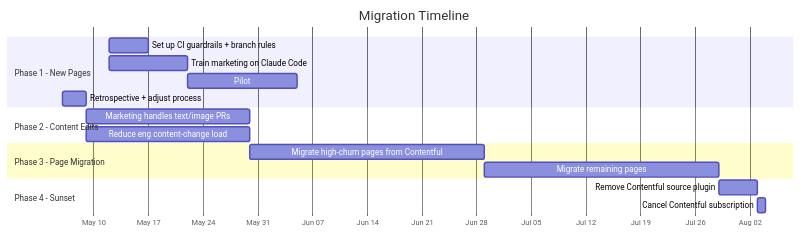
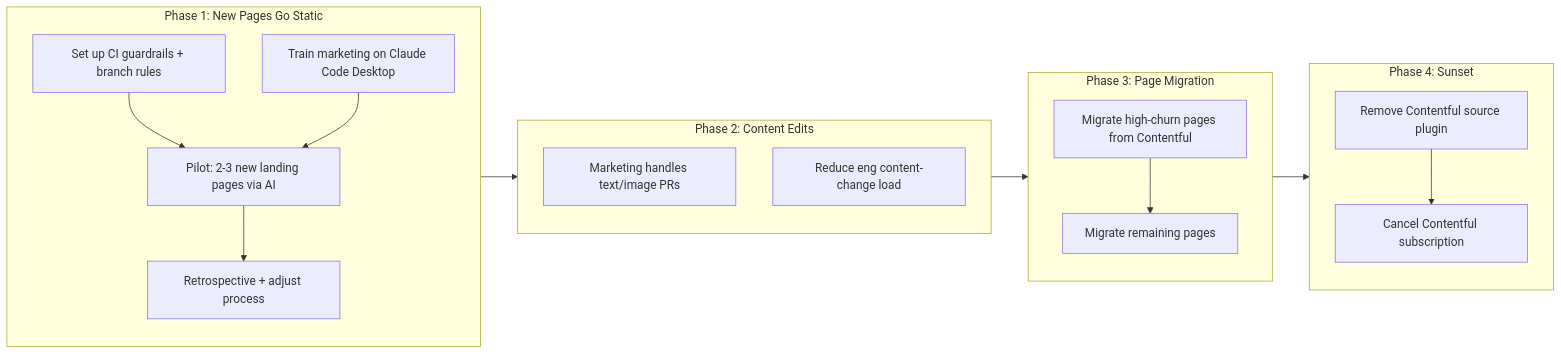
Before and after one commit to phil-inc/phil-us-contentful: the ninth of 10 diagrams in docs/proposal-remove-contentful.md, drawn with Mermaid. The commit also changed other lines of this file, not shown here.

Commit message:
docs: remove dates from migration timeline
Replaced gantt chart with flowchart showing phases and relative order
without specific dates.

````diff
--- a/docs/proposal-remove-contentful.md
+++ b/docs/proposal-remove-contentful.md
@@ -217,24 +215,31 @@
 ```mermaid
-gantt
-    title Migration Timeline
-    dateFormat YYYY-MM-DD
-    axisFormat %b %d
+flowchart LR
+    subgraph p1["Phase 1: New Pages Go Static"]
+        P1A["Set up CI guardrails + branch rules"]
+        P1B["Train marketing on Claude Code Desktop"]
+        P1C["Pilot: 2-3 new landing pages via AI"]
+        P1D["Retrospective + adjust process"]
+        P1A --> P1C
+        P1B --> P1C
+        P1C --> P1D
+    end
 
-    section Phase 1 - New Pages
-    Set up CI guardrails + branch rules     :p1a, 2026-05-12, 5d
-    Train marketing on Claude Code          :p1b, 2026-05-12, 10d
-    Pilot: 2-3 new landing pages via AI     :p1c, after p1b, 14d
-    Retrospective + adjust process          :p1d, after p1c, 3d
+    subgraph p2["Phase 2: Content Edits"]
+        P2A["Marketing handles text/image PRs"]
+        P2B["Reduce eng content-change load"]
+    end
 
-    section Phase 2 - Content Edits
-    Marketing handles text/image PRs        :p2a, after p1d, 21d
-    Reduce eng content-change load          :p2b, after p1d, 21d
+    subgraph p3["Phase 3: Page Migration"]
+        P3A["Migrate high-churn pages from Contentful"]
+        P3B["Migrate remaining pages"]
+        P3A --> P3B
+    end
 
-    section Phase 3 - Page Migration
-    Migrate high-churn pages from Contentful:p3a, after p2a, 30d
-    Migrate remaining pages                 :p3b, after p3a, 30d
+    subgraph p4["Phase 4: Sunset"]
+        P4A["Remove Contentful source plugin"]
+        P4B["Cancel Contentful subscription"]
+        P4A --> P4B
+    end
 
-    section Phase 4 - Sunset
-    Remove Contentful source plugin         :p4a, after p3b, 5d
-    Cancel Contentful subscription          :p4b, after p4a, 1d
+    p1 --> p2 --> p3 --> p4
 ```
````
